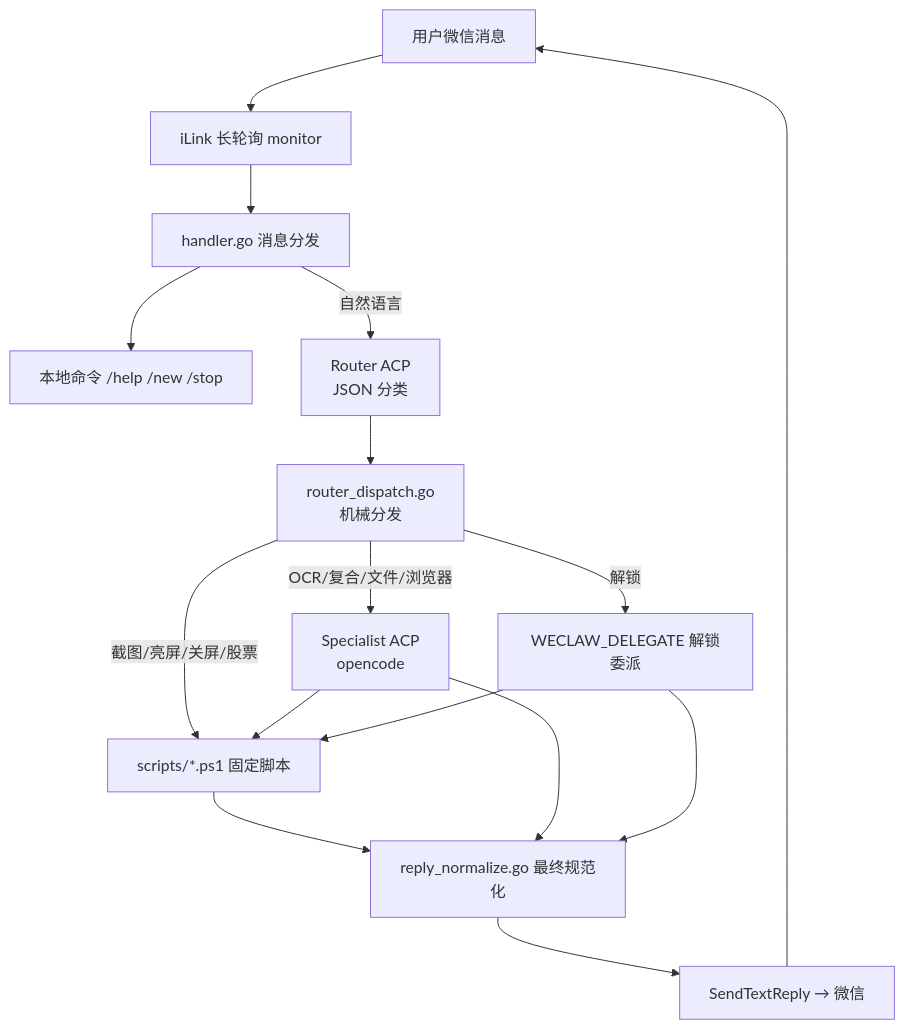
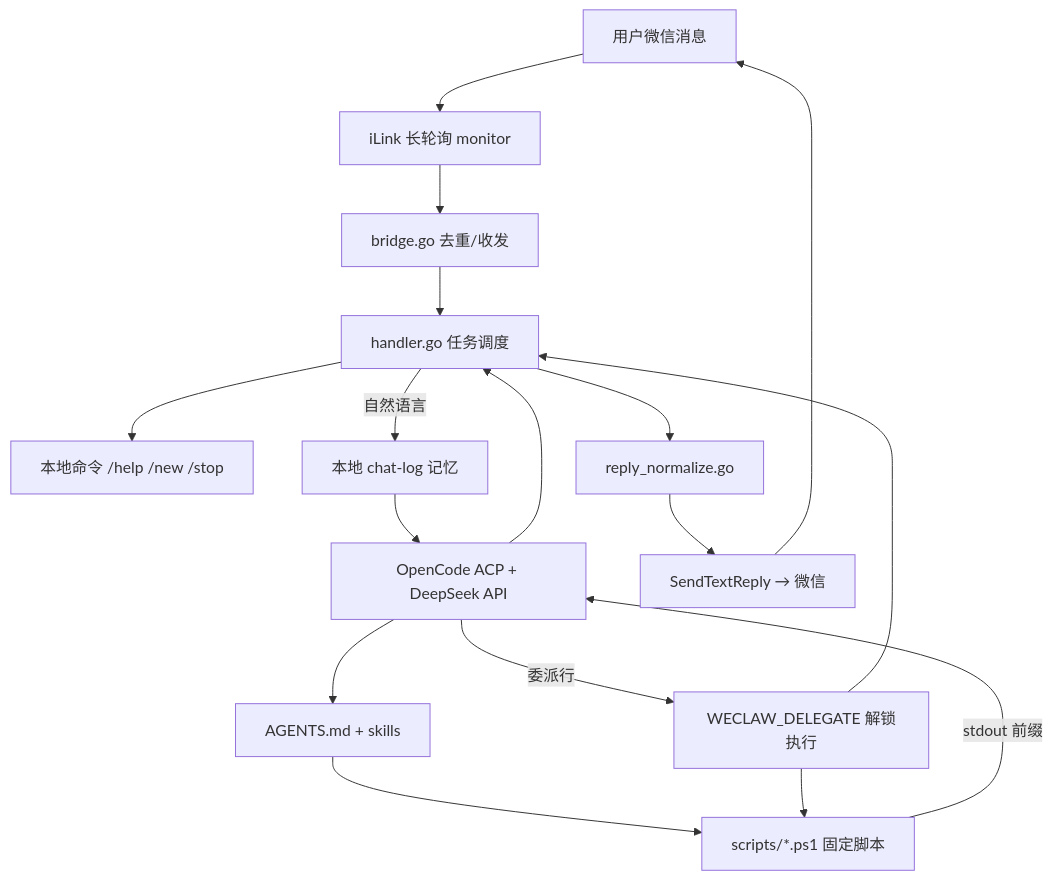
One commit to leehu546-cyber/wechat-pc-remote changed the first of 2 diagrams in docs/架构说明.md. Above: the diagram before and after it, drawn with Mermaid. The commit also changed other lines of this file and 4 other files, not shown here.

Commit message:
Consolidate architecture to single OpenCode path and enforce commit log rule.

````diff
--- a/docs/架构说明.md
+++ b/docs/架构说明.md
@@ -11,25 +11,25 @@
 ```mermaid
 flowchart TB
     WX[用户微信消息]
     IL[iLink 长轮询 monitor]
-    H[handler.go 消息分发]
+    BR[bridge.go 去重/收发]
+    H[handler.go 任务调度]
     CMD[本地命令 /help /new /stop]
-    RT[Router ACP<br/>JSON 分类]
-    DISP[router_dispatch.go<br/>机械分发]
+    MEM[本地 chat-log 记忆]
+    ACP[OpenCode ACP + DeepSeek API]
+    SK[AGENTS.md + skills]
     PS[scripts/*.ps1 固定脚本]
-    SP[Specialist ACP<br/>opencode]
-    DEL[WECLAW_DELEGATE 解锁委派]
-    NORM[reply_normalize.go 最终规范化]
+    DEL[WECLAW_DELEGATE 解锁执行]
+    NORM[reply_normalize.go]
     SEND[SendTextReply → 微信]
 
-    WX --> IL --> H
+    WX --> IL --> BR --> H
     H --> CMD
-    H -->|自然语言| RT --> DISP
-    DISP -->|截图/亮屏/关屏/股票| PS
-    DISP -->|OCR/复合/文件/浏览器| SP --> PS
-    DISP -->|解锁| DEL --> PS
-    PS --> NORM
-    SP --> NORM
-    DEL --> NORM
-    NORM --> SEND --> WX
+    H -->|自然语言| MEM --> ACP
+    ACP --> SK --> PS
+    PS -->|stdout 前缀| ACP
+    ACP -->|委派行| DEL --> PS
+    ACP --> H
+    DEL --> H
+    H --> NORM --> SEND --> WX
 ```
````
